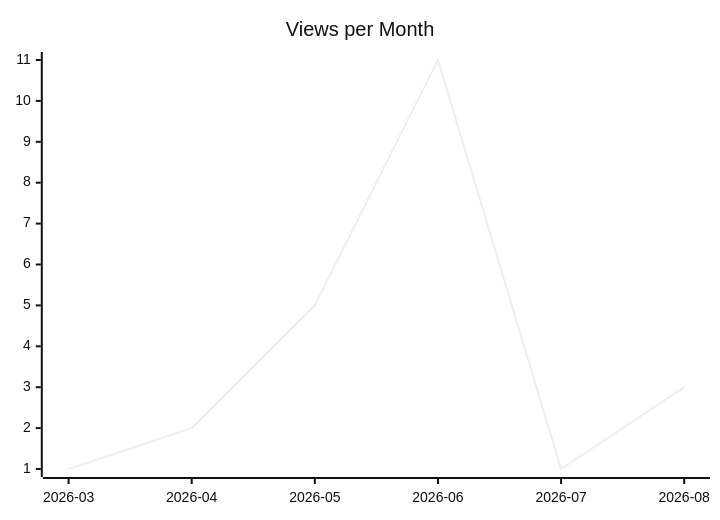
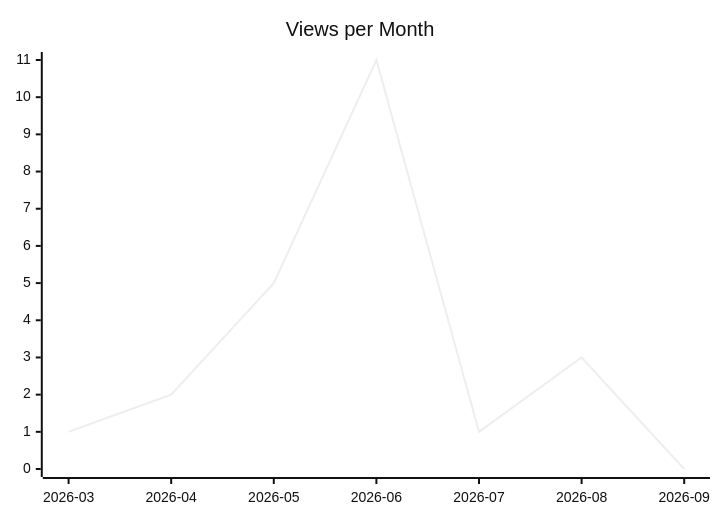
One commit to justdavis-family/github-analytics-data changed the second of 3 diagrams in karlmdavis/justdavis-ansible/README.md. Above: the diagram before and after it, drawn with Mermaid (neutral theme). The commit also changed other lines of this file and 191 other files, not shown here.

````diff
--- a/karlmdavis/justdavis-ansible/README.md
+++ b/karlmdavis/justdavis-ansible/README.md
@@ -12,6 +12,6 @@
 ```mermaid
 xychart-beta
   title "Views per Month"
-  x-axis ["2026-03", "2026-04", "2026-05", "2026-06", "2026-07", "2026-08"]
-  line [1, 2, 5, 11, 1, 3]
+  x-axis ["2026-03", "2026-04", "2026-05", "2026-06", "2026-07", "2026-08", "2026-09"]
+  line [1, 2, 5, 11, 1, 3, 0]
 ```
````
